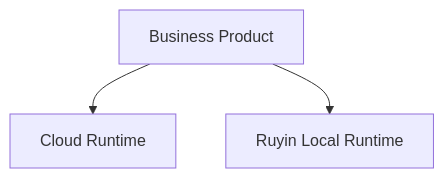
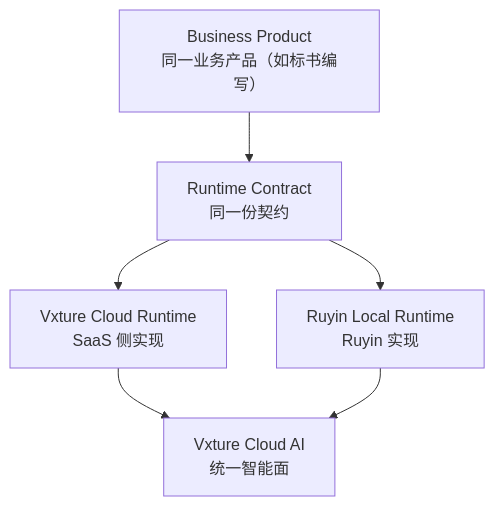
One commit to vxture/vxture-ruyin changed the tenth of 13 diagrams in temp/ruyin-workspace-runtime-architecture.md. Above: the diagram before and after it, drawn with Mermaid. The commit also changed other lines of this file and 4 other files, not shown here.

First line of the commit message:
docs: unify runtime model, define harness scoping, add contract schema and context architecture

````diff
--- a/temp/ruyin-workspace-runtime-architecture.md
+++ b/temp/ruyin-workspace-runtime-architecture.md
@@ -811,10 +944,16 @@
 ``` mermaid
 flowchart TB
-    BP["Business Product"]
+    BP["Business Product<br/>同一业务产品（如标书编写）"]
+    RC["Runtime Contract<br/>同一份契约"]
 
-    CR["Cloud Runtime"]
-    LR["Ruyin Local Runtime"]
+    CR["Vxture Cloud Runtime<br/>SaaS 侧实现"]
+    LR["Ruyin Local Runtime<br/>Ruyin 实现"]
 
-    BP --> CR
-    BP --> LR
+    AI["Vxture Cloud AI<br/>统一智能面"]
+
+    BP --> RC
+    RC --> CR
+    RC --> LR
+    CR --> AI
+    LR --> AI
 ```
````
